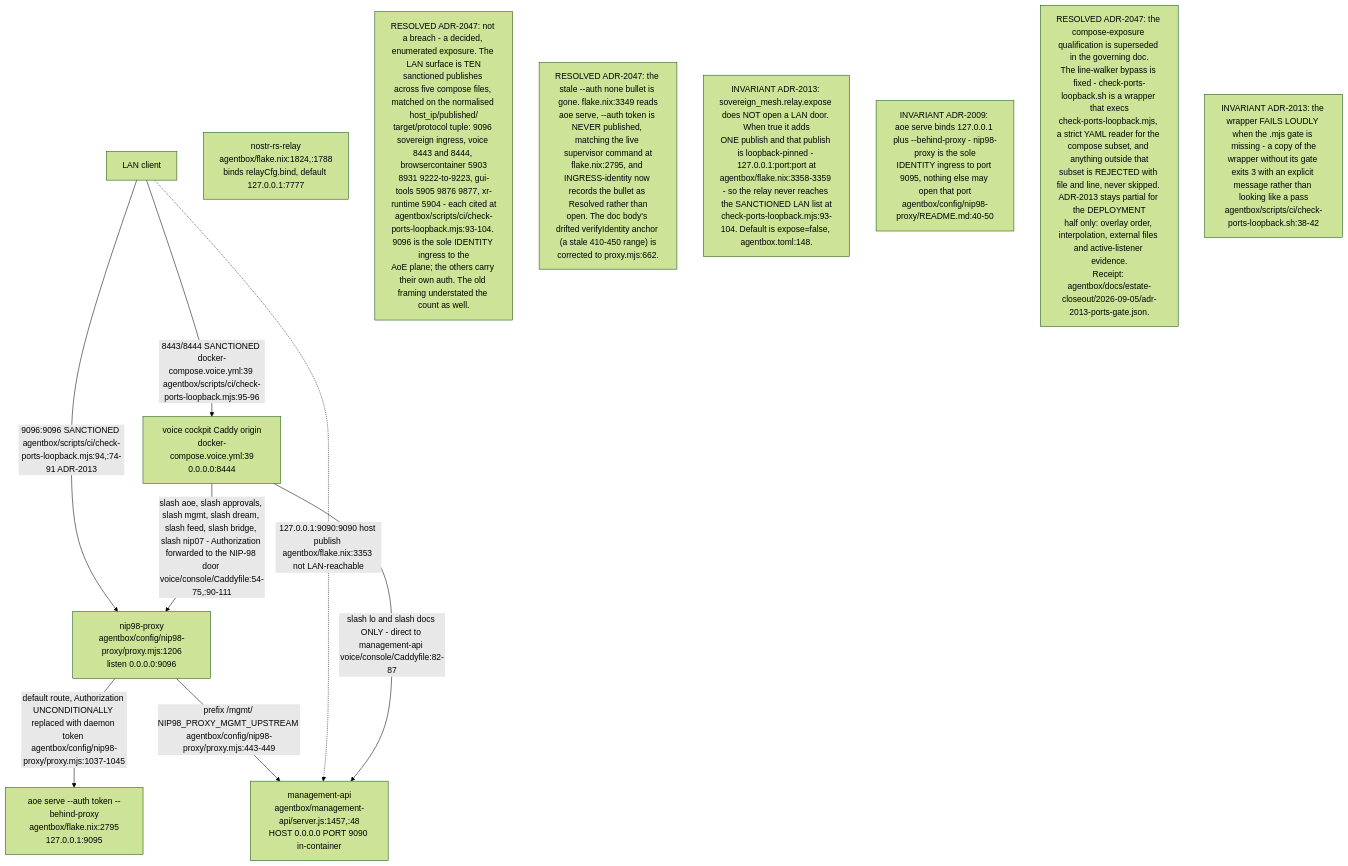
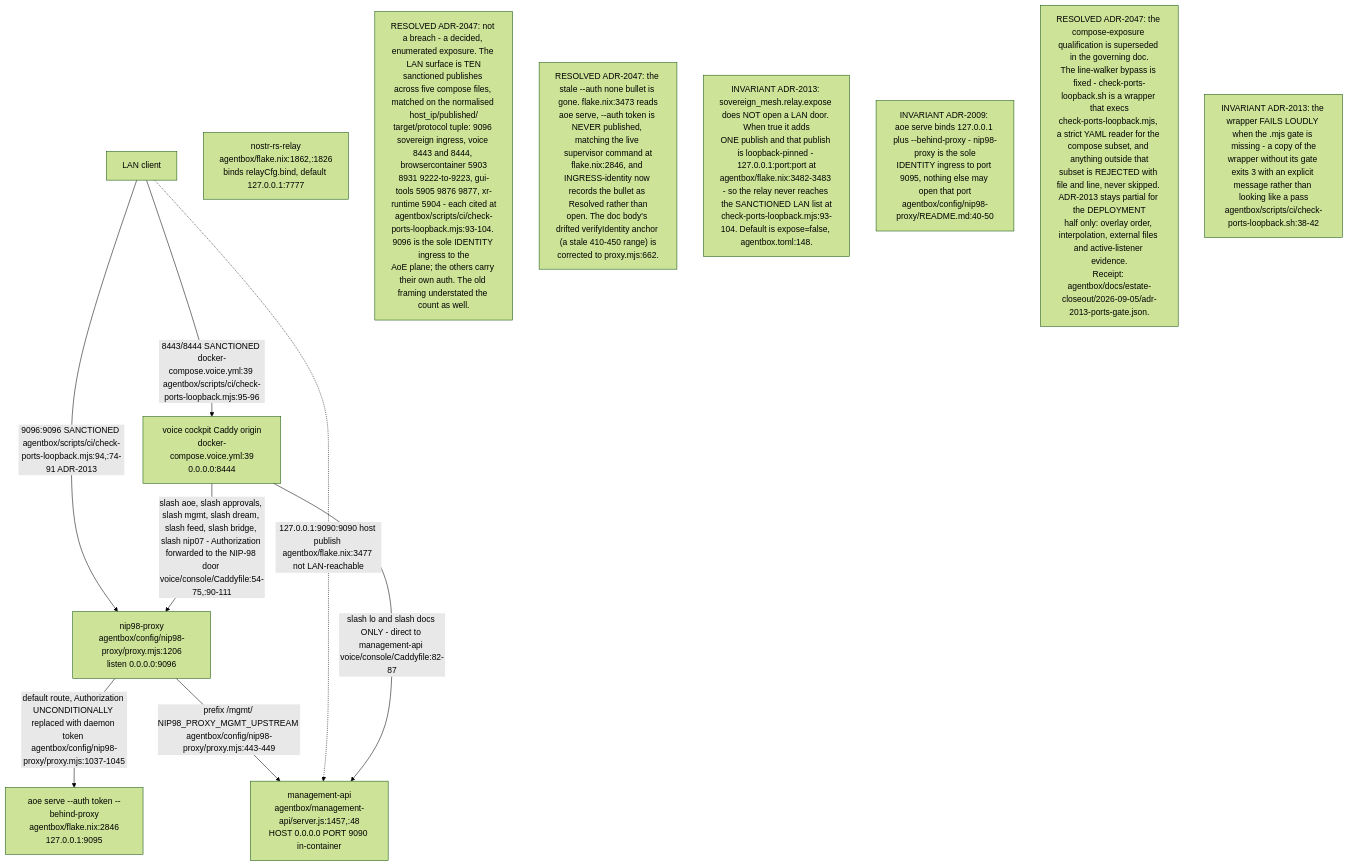
Before and after one commit to DreamLab-AI/VisionFlow: the first of 13 diagrams in docs/diagrams/agentbox/10-ingress-nip98-proxy-and-aoe.md, drawn with Mermaid (forest theme). The commit also changed other lines of this file and 80 other files, not shown here.

First line of the commit message:
docs(diagrams): re-verify the agentbox, dreamlab, estate and visionflow corpus against current sources

````diff
--- a/docs/diagrams/agentbox/10-ingress-nip98-proxy-and-aoe.md
+++ b/docs/diagrams/agentbox/10-ingress-nip98-proxy-and-aoe.md
@@ -38,24 +38,24 @@
 ```mermaid
 flowchart TB
     LAN["LAN client"]
     P9096["nip98-proxy<br/>agentbox/config/nip98-proxy/proxy.mjs:1206<br/>listen 0.0.0.0:9096"]
-    AOE9095["aoe serve --auth token --behind-proxy<br/>agentbox/flake.nix:2795<br/>127.0.0.1:9095"]
+    AOE9095["aoe serve --auth token --behind-proxy<br/>agentbox/flake.nix:2846<br/>127.0.0.1:9095"]
     MGMT9090["management-api<br/>agentbox/management-api/server.js:1457,:48<br/>HOST 0.0.0.0 PORT 9090 in-container"]
-    RELAY7777["nostr-rs-relay<br/>agentbox/flake.nix:1824,:1788<br/>binds relayCfg.bind, default 127.0.0.1:7777"]
+    RELAY7777["nostr-rs-relay<br/>agentbox/flake.nix:1862,:1826<br/>binds relayCfg.bind, default 127.0.0.1:7777"]
     VOICE8444["voice cockpit Caddy origin<br/>docker-compose.voice.yml:39<br/>0.0.0.0:8444"]
 
     LAN -->|"9096:9096 SANCTIONED agentbox/scripts/ci/check-ports-loopback.mjs:94,:74-91 ADR-2013"| P9096
     P9096 -->|"default route, Authorization UNCONDITIONALLY replaced with daemon token agentbox/config/nip98-proxy/proxy.mjs:1037-1045"| AOE9095
     P9096 -->|"prefix /mgmt/ NIP98_PROXY_MGMT_UPSTREAM agentbox/config/nip98-proxy/proxy.mjs:443-449"| MGMT9090
-    LAN -.->|"127.0.0.1:9090:9090 host publish agentbox/flake.nix:3353 not LAN-reachable"| MGMT9090
+    LAN -.->|"127.0.0.1:9090:9090 host publish agentbox/flake.nix:3477 not LAN-reachable"| MGMT9090
     LAN -->|"8443/8444 SANCTIONED docker-compose.voice.yml:39 agentbox/scripts/ci/check-ports-loopback.mjs:95-96"| VOICE8444
     VOICE8444 -->|"slash lo and slash docs ONLY - direct to management-api voice/console/Caddyfile:82-87"| MGMT9090
     VOICE8444 -->|"slash aoe, slash approvals, slash mgmt, slash dream, slash feed, slash bridge, slash nip07 - Authorization forwarded to the NIP-98 door voice/console/Caddyfile:54-75,:90-111"| P9096
 
 N1["RESOLVED ADR-2047: not a breach - a decided, enumerated exposure. The LAN surface is TEN<br/>sanctioned publishes across five compose files, matched on the normalised host_ip/published/<br/>target/protocol tuple: 9096 sovereign ingress, voice 8443 and 8444, browsercontainer 5903<br/>8931 9222-to-9223, gui-tools 5905 9876 9877, xr-runtime 5904 - each cited at<br/>agentbox/scripts/ci/check-ports-loopback.mjs:93-104. 9096 is the sole IDENTITY ingress to the<br/>AoE plane; the others carry their own auth. The old framing understated the count as well."]
-N2["RESOLVED ADR-2047: the stale --auth none bullet is gone. flake.nix:3349 reads<br/>aoe serve, --auth token is NEVER published, matching the live supervisor command at<br/>flake.nix:2795, and INGRESS-identity now records the bullet as Resolved rather than<br/>open. The doc body's drifted verifyIdentity anchor (a stale 410-450 range) is<br/>corrected to proxy.mjs:662."]
-N6["INVARIANT ADR-2013: sovereign_mesh.relay.expose does NOT open a LAN door. When true it adds<br/>ONE publish and that publish is loopback-pinned - 127.0.0.1:port:port at<br/>agentbox/flake.nix:3358-3359 - so the relay never reaches the SANCTIONED LAN list at<br/>check-ports-loopback.mjs:93-104. Default is expose=false, agentbox.toml:148."]
+N2["RESOLVED ADR-2047: the stale --auth none bullet is gone. flake.nix:3473 reads<br/>aoe serve, --auth token is NEVER published, matching the live supervisor command at<br/>flake.nix:2846, and INGRESS-identity now records the bullet as Resolved rather than<br/>open. The doc body's drifted verifyIdentity anchor (a stale 410-450 range) is<br/>corrected to proxy.mjs:662."]
+N6["INVARIANT ADR-2013: sovereign_mesh.relay.expose does NOT open a LAN door. When true it adds<br/>ONE publish and that publish is loopback-pinned - 127.0.0.1:port:port at<br/>agentbox/flake.nix:3482-3483 - so the relay never reaches the SANCTIONED LAN list at<br/>check-ports-loopback.mjs:93-104. Default is expose=false, agentbox.toml:148."]
 N3["INVARIANT ADR-2009: aoe serve binds 127.0.0.1 plus --behind-proxy - nip98-proxy is the sole<br/>IDENTITY ingress to port 9095, nothing else may open that port<br/>agentbox/config/nip98-proxy/README.md:40-50"]
 N4["RESOLVED ADR-2047: the compose-exposure qualification is superseded in the governing doc.<br/>The line-walker bypass is fixed - check-ports-loopback.sh is a wrapper that execs<br/>check-ports-loopback.mjs, a strict YAML reader for the compose subset, and anything outside that<br/>subset is REJECTED with file and line, never skipped. ADR-2013 stays partial for the DEPLOYMENT<br/>half only: overlay order, interpolation, external files and active-listener evidence.<br/>Receipt: agentbox/docs/estate-closeout/2026-09-05/adr-2013-ports-gate.json."]
 N5["INVARIANT ADR-2013: the wrapper FAILS LOUDLY when the .mjs gate is missing - a copy of the<br/>wrapper without its gate exits 3 with an explicit message rather than looking like a pass<br/>agentbox/scripts/ci/check-ports-loopback.sh:38-42"]
 ```
````
